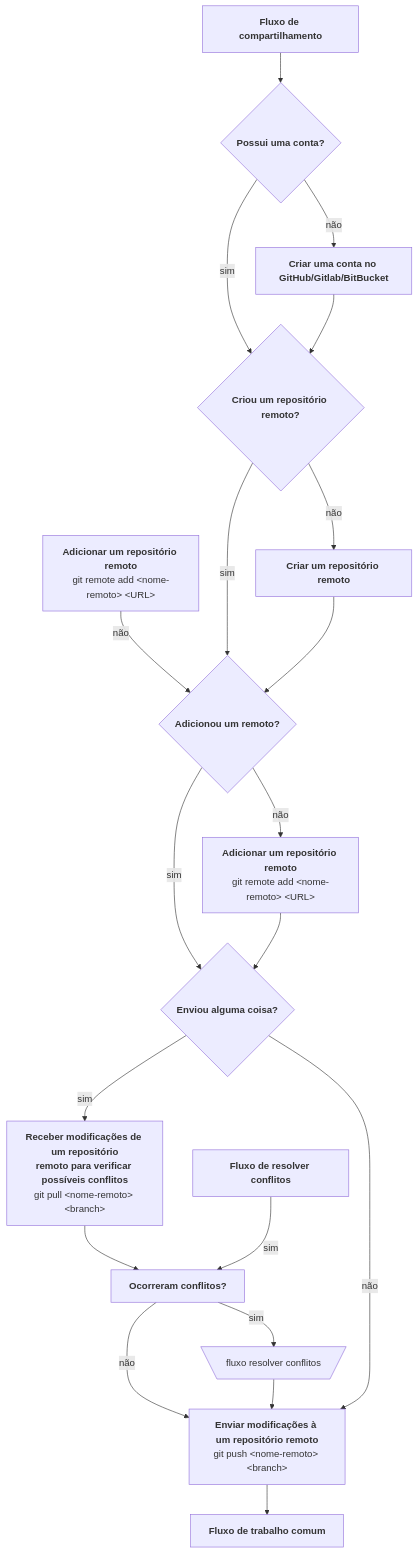
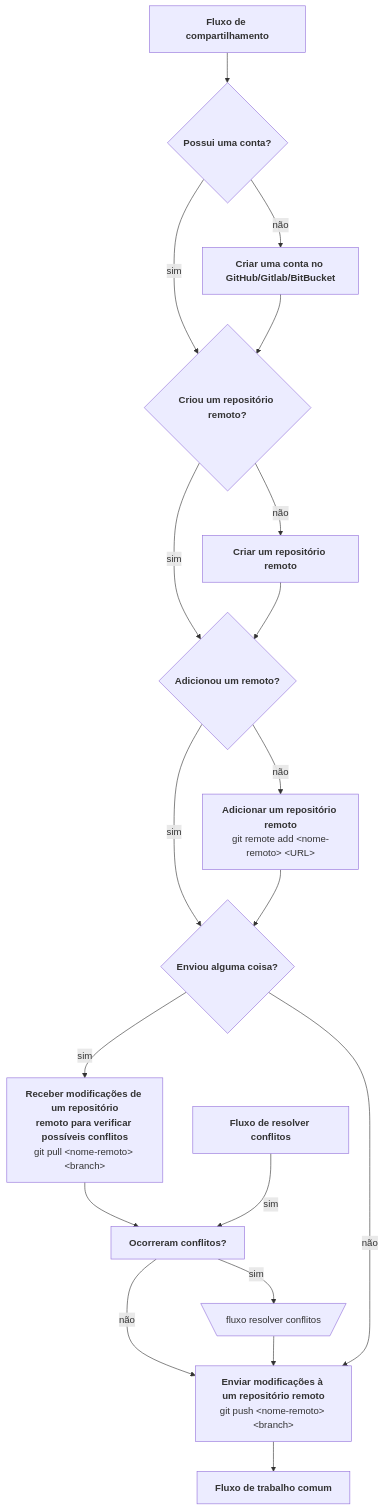
Before and after one commit to CTISM-Prof-Henry/gitEssentials: the diagram in docsource/imagens/git_fluxo_compartilhamento.mmd, drawn with Mermaid. The commit also changed 1 other file, not shown here.

Commit message:
minor fix to sharing flowchart

```diff
--- a/docsource/imagens/git_fluxo_compartilhamento.mmd
+++ b/docsource/imagens/git_fluxo_compartilhamento.mmd
@@ -1,69 +1,65 @@
 graph TD
 
 %%%%%%%%%%%%%%%%%%%%%%%%%%%%%%%%%%%%%%%%%%%%%%%%%%%%%%%%%%%%%%%%%%%%%%%%%%%%
 %% MAIN
 %%%%%%%%%%%%%%%%%%%%%%%%%%%%%%%%%%%%%%%%%%%%%%%%%%%%%%%%%%%%%%%%%%%%%%%%%%%%
 %% fluxo
 sharing_workflow["<b>Fluxo de compartilhamento</b>"]
 common_workflow["<b>Fluxo de trabalho comum</b>"]
 
 %% decisões
 have_an_account{"<b>Possui uma conta?</b>"}
 created_a_remote_repository{"<b>Criou um repositório remoto?</b>"}
 added_remote{"<b>Adicionou um remoto?</b>"}
 add_remote["<b>Adicionar um repositório remoto</b><br/>git remote add &lt;nome-remoto&gt; &lt;URL&gt;"]
 sent_anything{"<b>Enviou alguma coisa?</b>"}
 are_there_conflicts["<b>Ocorreram conflitos?</b>"]
 
 %% comandos
 git_pull["<b>Receber modificações de um repositório<br/>remoto para verificar possíveis conflitos</b><br/>git pull &lt;nome-remoto&gt; &lt;branch&gt;"]
 git_push["<b>Enviar modificações à um repositório remoto</b><br/>git push &lt;nome-remoto&gt; &lt;branch&gt;"]
 
 %% relacionamentos
 sharing_workflow --> have_an_account
 have_an_account -- "sim" --> created_a_remote_repository
 created_a_remote_repository -- "sim" --> added_remote
 added_remote -- "sim" --> sent_anything
 sent_anything -- "sim" --> git_pull
 git_pull --> are_there_conflicts
 are_there_conflicts -- "não" --> git_push
 git_push --> common_workflow
 
 sent_anything -- "não" --> git_push
 
 
 %%%%%%%%%%%%%%%%%%%%%%%%%%%%%%%%%%%%%%%%%%%%%%%%%%%%%%%%%%%%%%%%%%%%%%%%%%%%
 %% LEFT
 %%%%%%%%%%%%%%%%%%%%%%%%%%%%%%%%%%%%%%%%%%%%%%%%%%%%%%%%%%%%%%%%%%%%%%%%%%%%
 %% workflow
 fix_conflicts_workflow["<b>Fluxo de resolver conflitos</b>"]
 
 %% actions
 create_an_account["<b>Criar uma conta no GitHub/Gitlab/BitBucket</b>"]
 
-%% commands
-git_remote["<b>Adicionar um repositório remoto</b><br/>git remote add &lt;nome-remoto&gt; &lt;URL&gt;"]
-
 %% relations
 have_an_account -- "não" --> create_an_account
 create_an_account --> created_a_remote_repository
-git_remote -- "não" --> added_remote
 
 
 fix_conflicts_workflow -- "sim" --> are_there_conflicts
 
 
 %%%%%%%%%%%%%%%%%%%%%%%%%%%%%%%%%%%%%%%%%%%%%%%%%%%%%%%%%%%%%%%%%%%%%%%%%%%%
 %% direita
 %%%%%%%%%%%%%%%%%%%%%%%%%%%%%%%%%%%%%%%%%%%%%%%%%%%%%%%%%%%%%%%%%%%%%%%%%%%%
 %% ações
 create_a_remote_repository["<b>Criar um repositório remoto</b>"]
 fluxo_conflito[\"fluxo resolver conflitos"/]
 
 %% relations
 created_a_remote_repository -- "não" --> create_a_remote_repository
 create_a_remote_repository --> added_remote
 added_remote -- "não" --> add_remote
 add_remote --> sent_anything
 are_there_conflicts -- "sim" --> fluxo_conflito
 fluxo_conflito --> git_push
```
